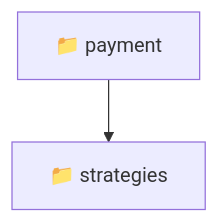
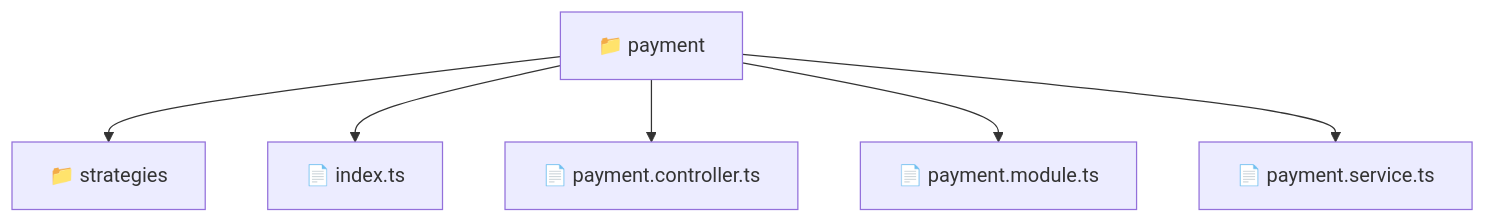
Before and after one commit to beginwebdev2002/fullstack-mavluda: the diagram in backend/src/modules/payment/README.md, drawn with Mermaid. The commit also changed other lines of this file and 157 other files, not shown here.

First line of the commit message:
docs: generate localized readmes for architectural transparency

````diff
--- a/backend/src/modules/payment/README.md
+++ b/backend/src/modules/payment/README.md
@@ -9,5 +11,9 @@
 ```mermaid
 graph TD
   payment["📁 payment"]
-  payment --> strategies["📁 strategies"]
+  payment --> payment_strategies["📁 strategies"]
+  payment --> payment_index_ts["📄 index.ts"]
+  payment --> payment_payment_controller_ts["📄 payment.controller.ts"]
+  payment --> payment_payment_module_ts["📄 payment.module.ts"]
+  payment --> payment_payment_service_ts["📄 payment.service.ts"]
 ```
````
